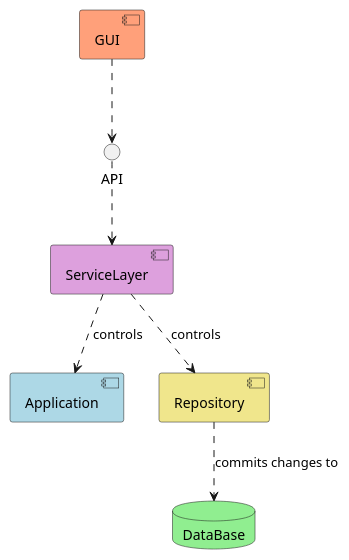
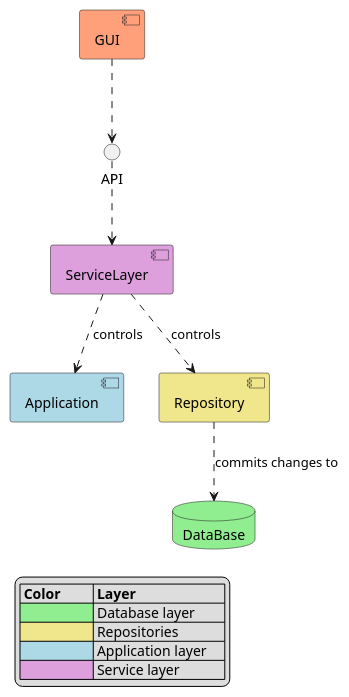
Before and after one commit to Uhgtred/Recipe_Shopping_List: the diagram in Architecture/General/ComponentView.puml, drawn with PlantUML. The commit also changed 8 other files, not shown here.

```diff
--- a/Architecture/General/ComponentView.puml
+++ b/Architecture/General/ComponentView.puml
@@ -1,24 +1,32 @@
 @startuml
 
 component Application #lightblue
 
 
 database DataBase #lightgreen
 
 
 component Repository #khaki
 Repository ..> DataBase: commits changes to
 
 
 component ServiceLayer #plum
 ServiceLayer ..> Application: controls
 ServiceLayer ..> Repository: controls
 
 
 interface API
 API ..> ServiceLayer
 
 
 component GUI #lightsalmon
 GUI ..> API
+
+legend bottom left
+| **Color**         | **Layer**             |
+| <#lightgreen>     | Database layer        |
+| <#khaki>          | Repositories          |
+| <#lightblue>      | Application layer     |
+| <#plum>           | Service layer         |
+end legend
 @enduml
```
